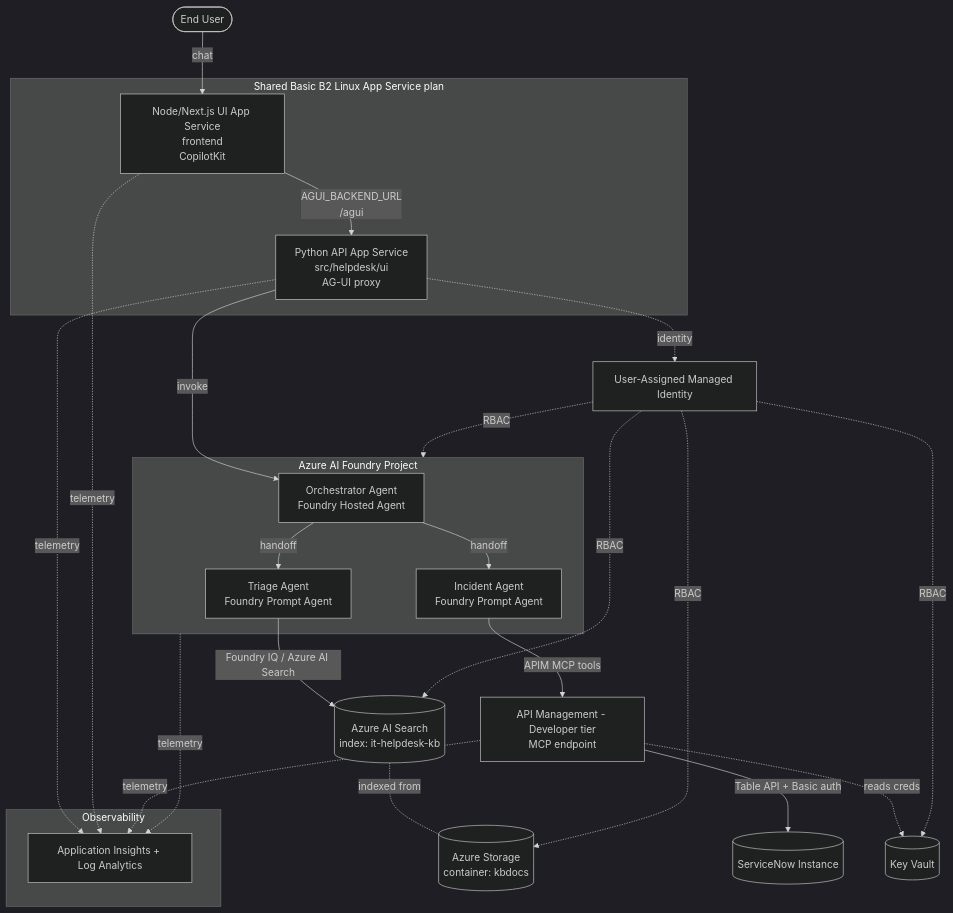
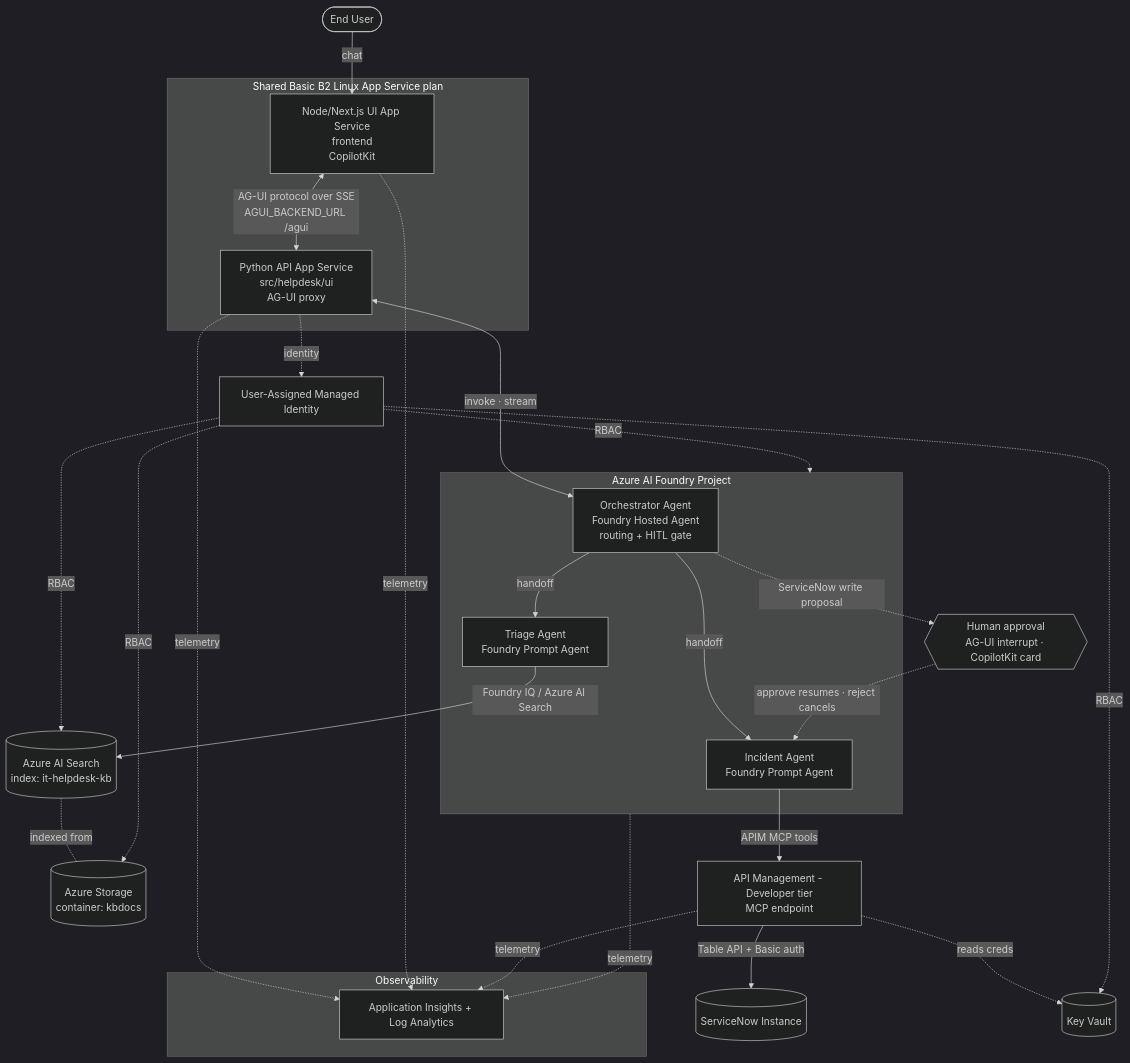
Before and after one commit to abKrazy/ITHelpdesk: the diagram in README.md, drawn with Mermaid (dark theme). The commit also changed 15 other files, not shown here.

First line of the commit message:
chore: de-bloat UI backend to AG-UI-only + refresh docs/diagrams

````diff
--- a/README.md
+++ b/README.md
@@ -24,30 +24,33 @@
 ```mermaid
 flowchart TD
     User([End User]) -->|chat| UI[Node/Next.js UI App Service<br/>frontend<br/>CopilotKit]
-    UI -->|AGUI_BACKEND_URL<br/>/agui| API[Python API App Service<br/>src/helpdesk/ui<br/>AG-UI proxy]
-    API -->|invoke| ORCH[Orchestrator Agent<br/>Foundry Hosted Agent]
+    UI <-->|AG-UI protocol over SSE<br/>AGUI_BACKEND_URL /agui| API[Python API App Service<br/>src/helpdesk/ui<br/>AG-UI proxy]
+    API <-->|invoke · stream| ORCH[Orchestrator Agent<br/>Foundry Hosted Agent<br/>routing + HITL gate]
 
     subgraph Foundry[Azure AI Foundry Project]
         ORCH -->|handoff| TRIAGE[Triage Agent<br/>Foundry Prompt Agent]
         ORCH -->|handoff| INC[Incident Agent<br/>Foundry Prompt Agent]
     end
+
+    ORCH -. ServiceNow write proposal .-> HITL{{Human approval<br/>AG-UI interrupt · CopilotKit card}}
+    HITL -. approve resumes · reject cancels .-> INC
 
     TRIAGE -->|Foundry IQ / Azure AI Search| SEARCH[(Azure AI Search<br/>index: it-helpdesk-kb)]
     SEARCH -. indexed from .- STG[(Azure Storage<br/>container: kbdocs)]
     INC -->|APIM MCP tools| APIM[API Management - Developer tier<br/>MCP endpoint]
     APIM -->|Table API + Basic auth| SNOW[(ServiceNow Instance)]
     APIM -.reads creds.-> KV[(Key Vault)]
 
     API -.identity.-> MI[User-Assigned Managed Identity]
     MI -.RBAC.-> SEARCH & STG & KV & Foundry
 
     subgraph Plan[Shared Basic B2 Linux App Service plan]
         API
         UI
     end
 
     subgraph Obs[Observability]
         AI[Application Insights + Log Analytics]
     end
     API & UI & Foundry & APIM -.telemetry.-> AI
 ```
````
